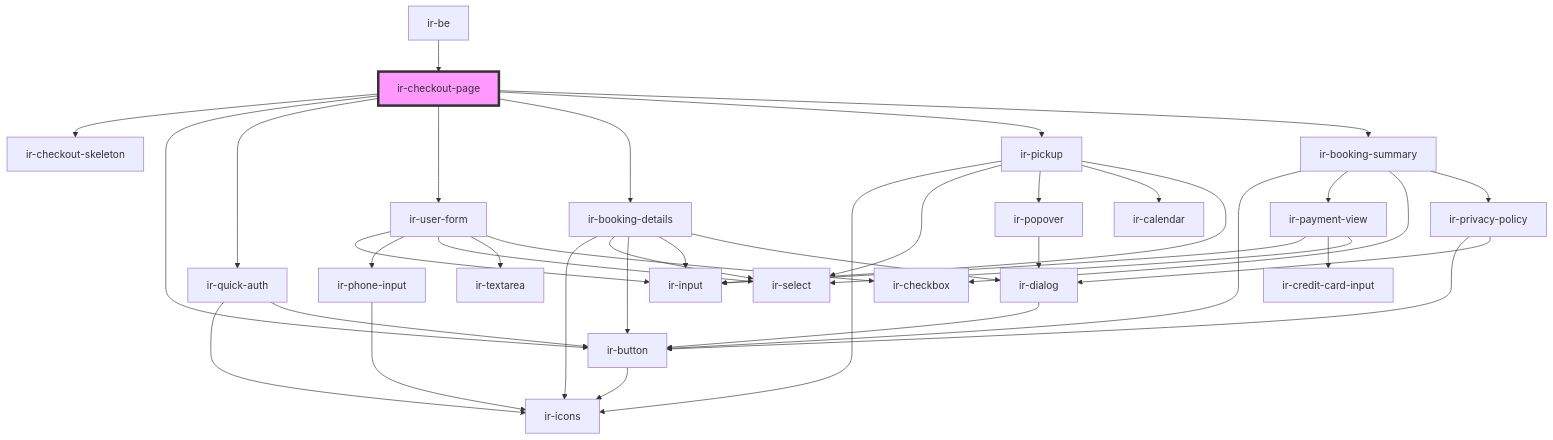
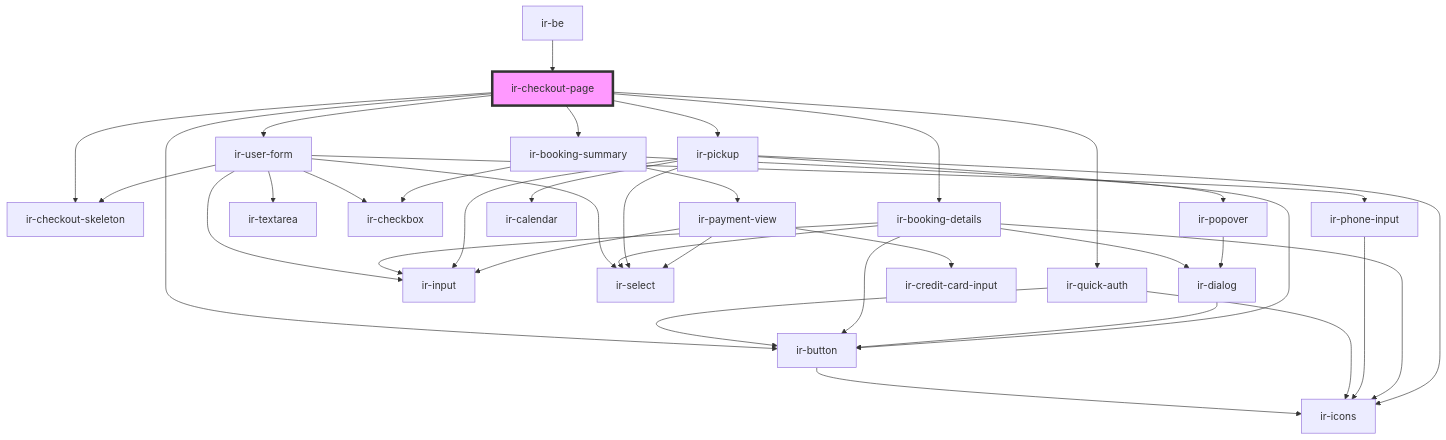
The diagram in src/components/ir-booking-engine/ir-checkout-page/readme.md (RonyRizk/ir-be), drawn with Mermaid before and after one commit. The commit also changed 16 other files, not shown here.

````diff
--- a/src/components/ir-booking-engine/ir-checkout-page/readme.md
+++ b/src/components/ir-booking-engine/ir-checkout-page/readme.md
@@ -32,42 +32,40 @@
 ```mermaid
 graph TD;
   ir-checkout-page --> ir-checkout-skeleton
   ir-checkout-page --> ir-button
   ir-checkout-page --> ir-quick-auth
   ir-checkout-page --> ir-user-form
   ir-checkout-page --> ir-booking-details
   ir-checkout-page --> ir-pickup
   ir-checkout-page --> ir-booking-summary
   ir-button --> ir-icons
   ir-quick-auth --> ir-icons
   ir-quick-auth --> ir-button
+  ir-user-form --> ir-checkout-skeleton
   ir-user-form --> ir-input
   ir-user-form --> ir-phone-input
   ir-user-form --> ir-select
   ir-user-form --> ir-textarea
   ir-user-form --> ir-checkbox
   ir-phone-input --> ir-icons
   ir-booking-details --> ir-icons
   ir-booking-details --> ir-select
   ir-booking-details --> ir-button
   ir-booking-details --> ir-input
   ir-booking-details --> ir-dialog
   ir-dialog --> ir-button
   ir-pickup --> ir-icons
   ir-pickup --> ir-select
   ir-pickup --> ir-popover
   ir-pickup --> ir-calendar
   ir-pickup --> ir-input
   ir-popover --> ir-dialog
   ir-booking-summary --> ir-button
   ir-booking-summary --> ir-payment-view
   ir-booking-summary --> ir-checkbox
-  ir-booking-summary --> ir-privacy-policy
   ir-payment-view --> ir-input
   ir-payment-view --> ir-credit-card-input
   ir-payment-view --> ir-select
-  ir-privacy-policy --> ir-button
-  ir-privacy-policy --> ir-dialog
   ir-be --> ir-checkout-page
   style ir-checkout-page fill:#f9f,stroke:#333,stroke-width:4px
 ```
````
